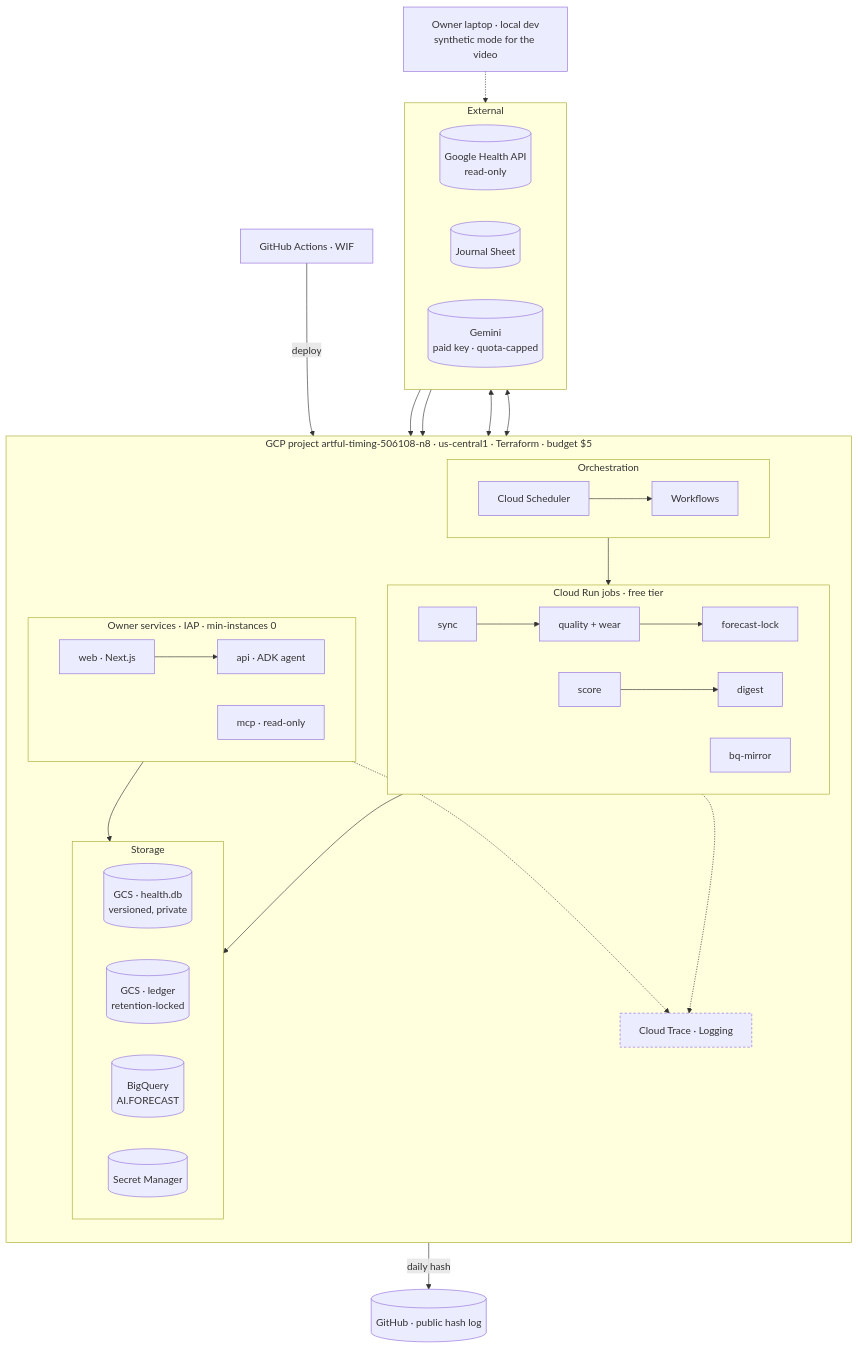
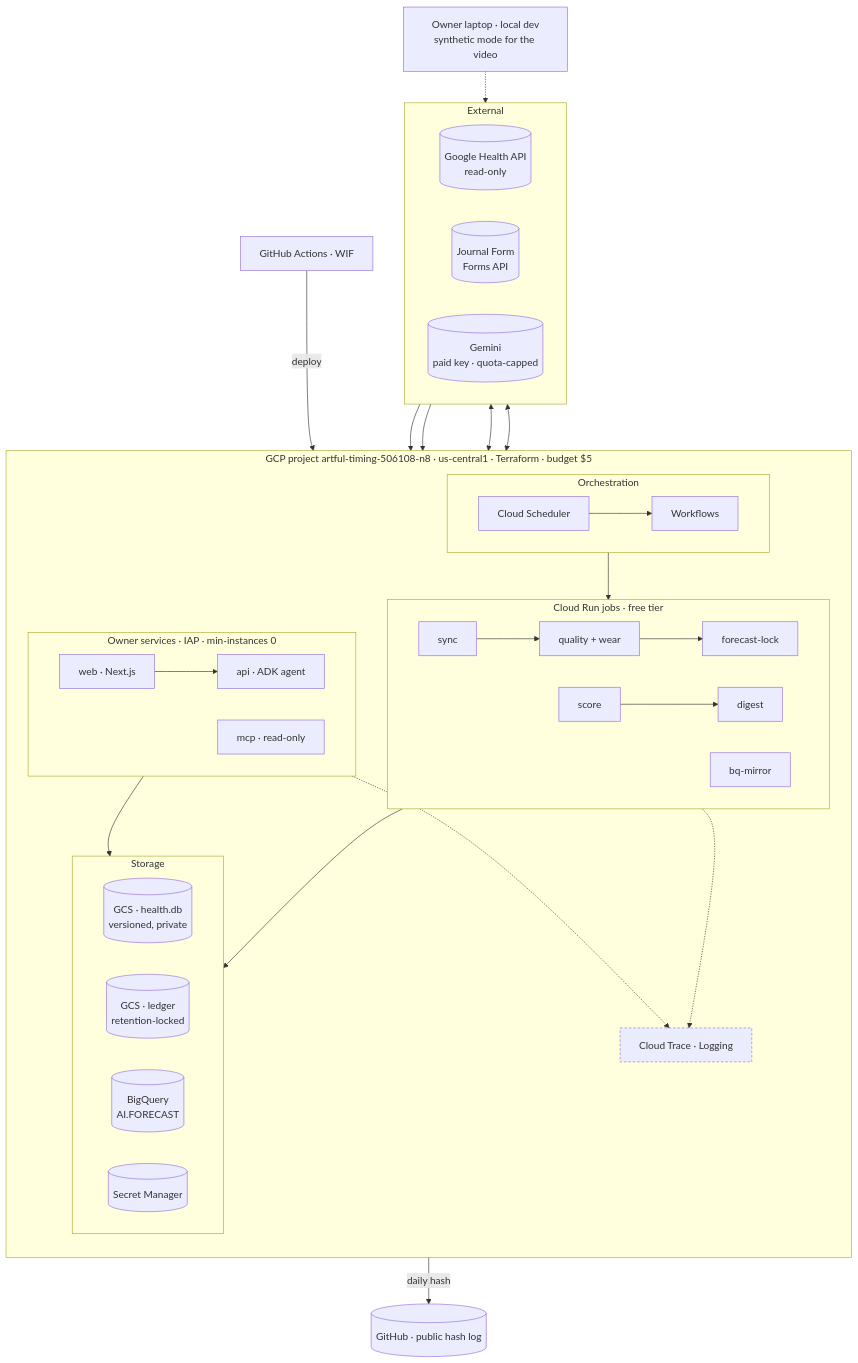
One commit to kb2326/calibrated-health-agent changed the second of 6 diagrams in docs/architecture.md. Above: the diagram before and after it, drawn with Mermaid. The commit also changed other lines of this file and 11 other files, not shown here.

Commit message:
feat(data): journal import from the Google Forms API

````diff
--- a/docs/architecture.md
+++ b/docs/architecture.md
@@ -71,50 +71,50 @@
 ```mermaid
 flowchart TB
   subgraph EXT["External"]
     direction LR
     ghapi[("Google Health API<br/>read-only")]
-    sheet[("Journal Sheet")]
+    form[("Journal Form<br/>Forms API")]
     gemini[("Gemini<br/>paid key · quota-capped")]
   end
 
   subgraph GCP["GCP project artful-timing-506108-n8 · us-central1 · Terraform · budget $5"]
     direction TB
     subgraph ORCH["Orchestration"]
       direction LR
       sched["Cloud Scheduler"] --> wf["Workflows"]
     end
     subgraph JOBS["Cloud Run jobs · free tier"]
       direction LR
       sync["sync"] --> quality["quality + wear"] --> lock["forecast-lock"]
       score["score"] --> digest["digest"]
       mirror["bq-mirror"]
     end
     subgraph OWNER["Owner services · IAP · min-instances 0"]
       direction LR
       web_o["web · Next.js"] --> api_o["api · ADK agent"]
       mcp_o["mcp · read-only"]
     end
     subgraph STORE["Storage"]
       direction LR
       gcsdb[("GCS · health.db<br/>versioned, private")]
       worm[("GCS · ledger<br/>retention-locked")]
       bq[("BigQuery<br/>AI.FORECAST")]
       sm[("Secret Manager")]
     end
     obs["Cloud Trace · Logging"]:::obs
     ORCH --> JOBS
     JOBS --> STORE
     OWNER --> STORE
     JOBS -.-> obs
     OWNER -.-> obs
   end
 
   ghapi --> sync
-  sheet --> sync
+  form --> sync
   gemini <--> lock
   gemini <--> api_o
   lock -- "daily hash" --> ghrepo[("GitHub · public hash log")]
   ghact["GitHub Actions · WIF"] -- deploy --> GCP
   laptop["Owner laptop · local dev<br/>synthetic mode for the video"] -.-> gemini
   classDef obs stroke-dasharray: 4 3
 ```
````
